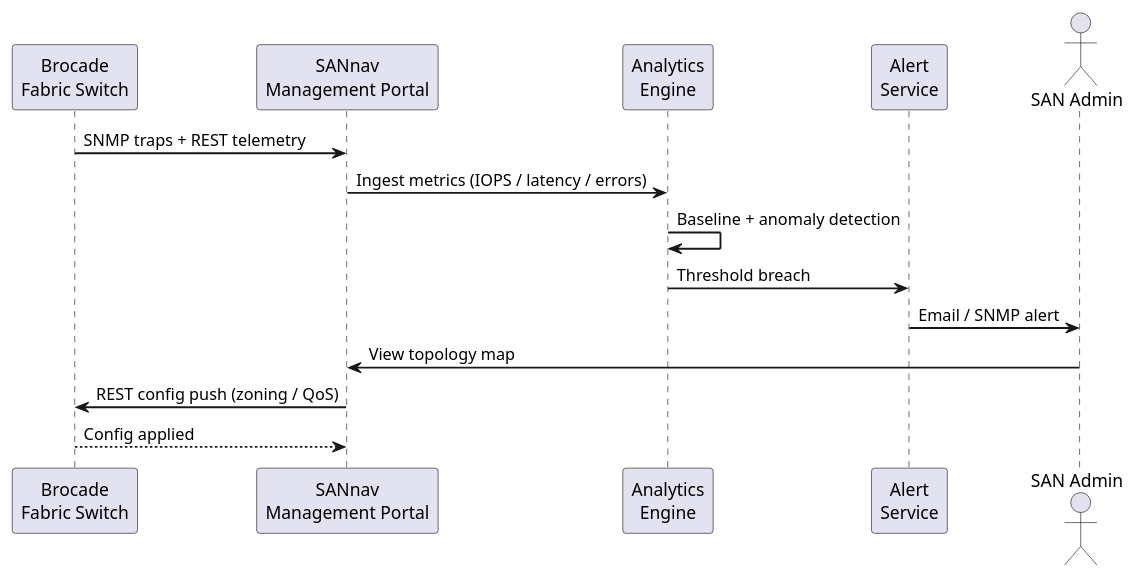
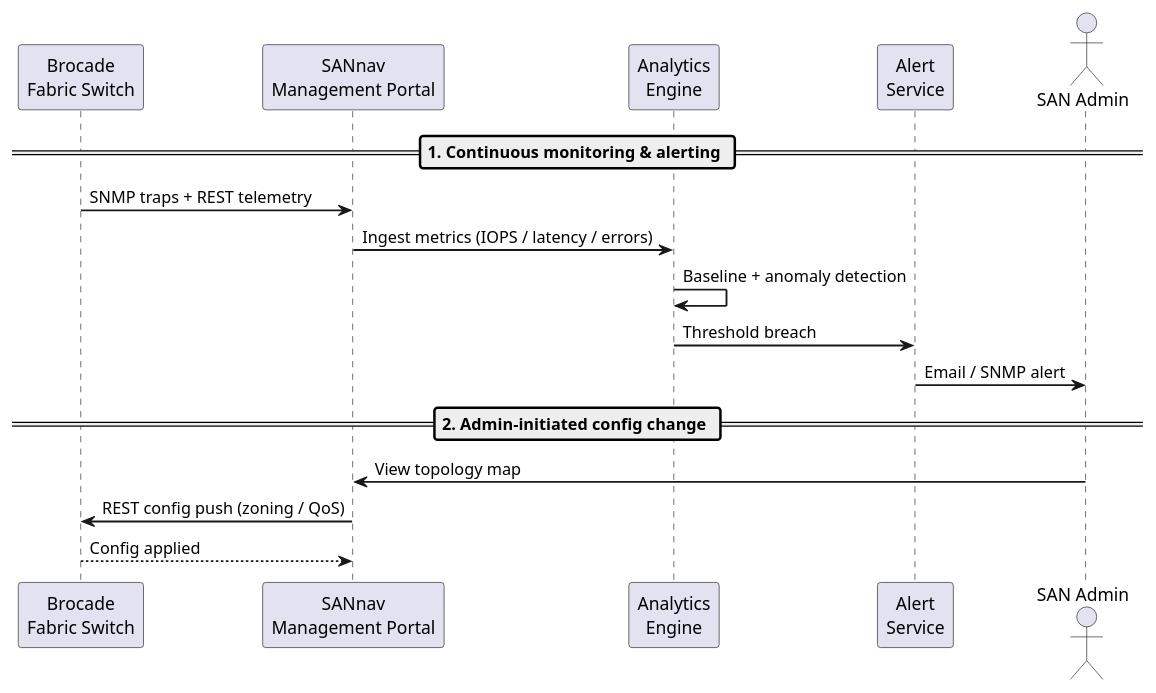
Before and after one commit to canast01/chris-kb: the diagram in docs/san/brocade/sannav/architecture/how-it-works.md, drawn with PlantUML. The commit also changed 14 other files, not shown here.

First line of the commit message:
Add phase dividers to PlantUML sequence diagrams mixing unrelated flows; fix PowerMax escalation box-vs-footer overlap

````diff
--- a/docs/san/brocade/sannav/architecture/how-it-works.md
+++ b/docs/san/brocade/sannav/architecture/how-it-works.md
@@ -16,22 +16,24 @@
 ```plantuml
 @startuml
 skinparam sequenceArrowThickness 1.5
 skinparam roundcorner 5
 
 participant "Brocade\nFabric Switch" as SW
 participant "SANnav\nManagement Portal" as SNV
 participant "Analytics\nEngine" as ANA
 participant "Alert\nService" as ALT
 actor "SAN Admin" as ADM
 
+== 1. Continuous monitoring & alerting ==
 SW -> SNV: SNMP traps + REST telemetry
 SNV -> ANA: Ingest metrics (IOPS / latency / errors)
 ANA -> ANA: Baseline + anomaly detection
 ANA -> ALT: Threshold breach
 ALT -> ADM: Email / SNMP alert
 
+== 2. Admin-initiated config change ==
 ADM -> SNV: View topology map
 SNV -> SW: REST config push (zoning / QoS)
 SW --> SNV: Config applied
 @enduml
 ```
````
